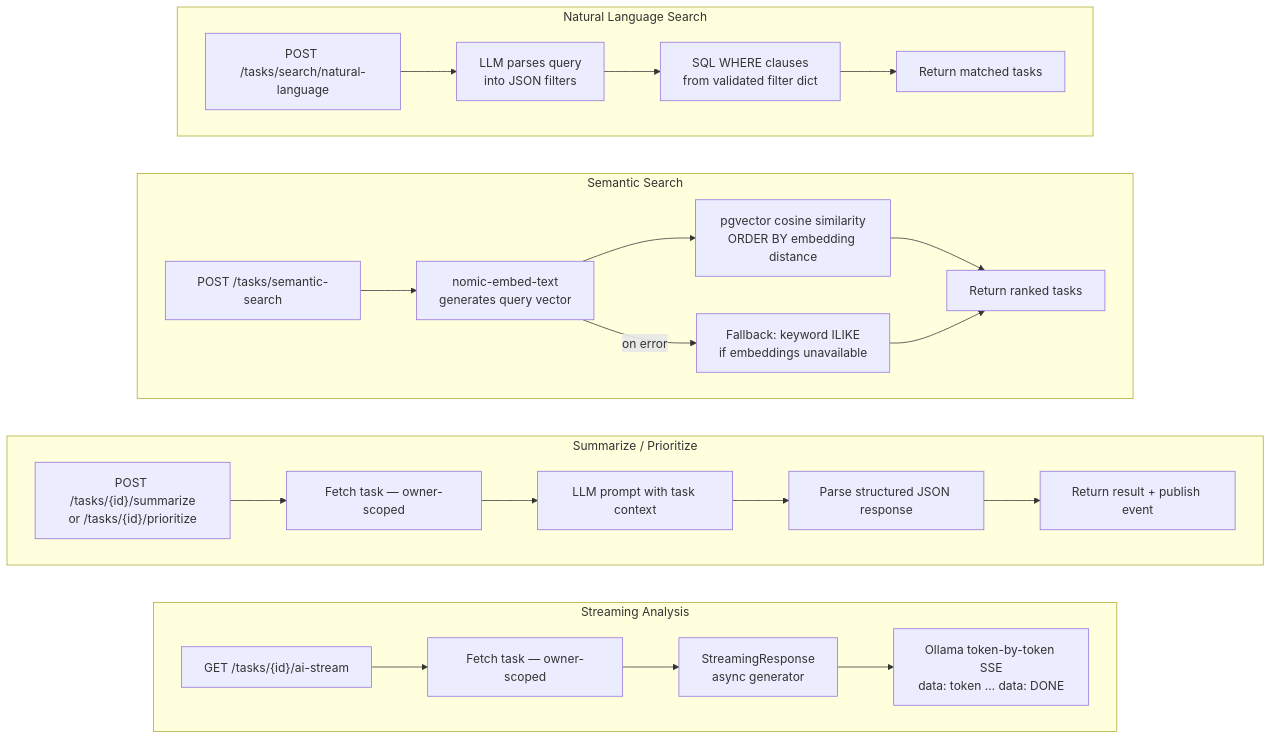
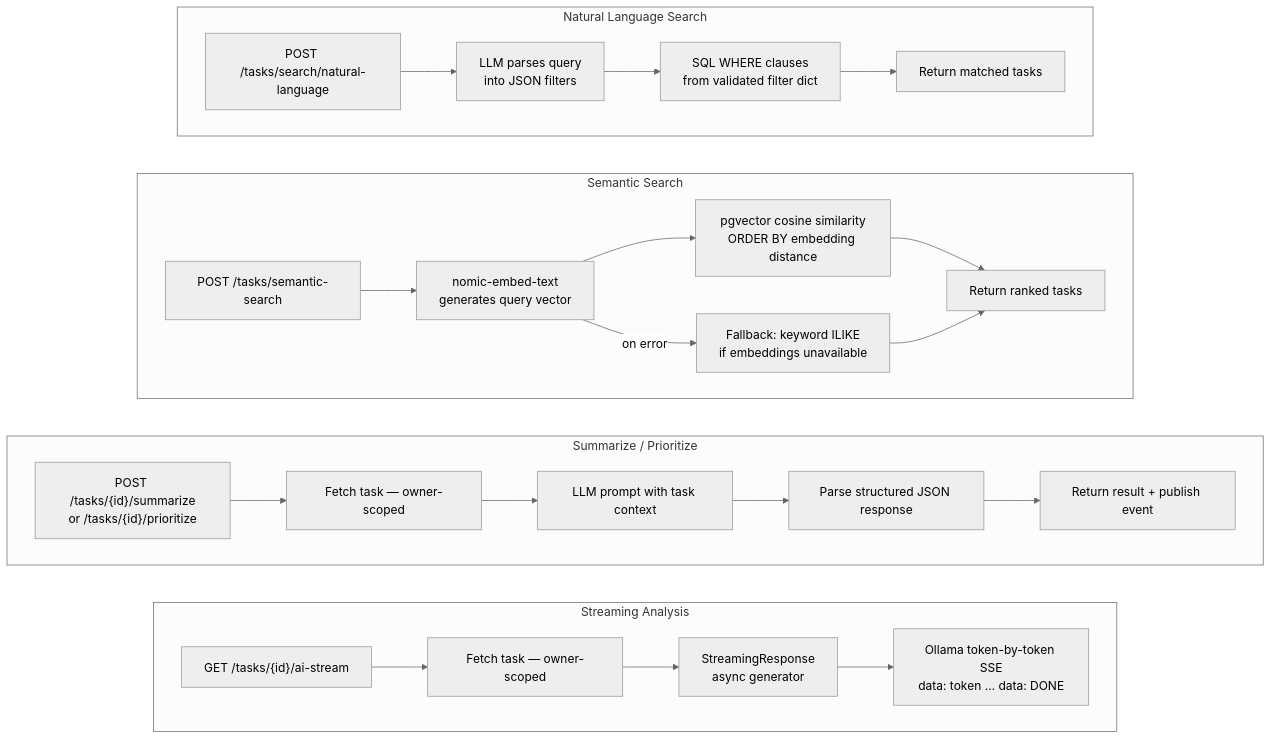
Before and after one commit to adwibha/cortex-api: the fourth of 7 diagrams in README.md, drawn with Mermaid. The commit also changed other lines of this file, not shown here.

First line of the commit message:
fix(docs): correct badge URL username and add neutral theme to all Mermaid diagrams

````diff
--- a/README.md
+++ b/README.md
@@ -250,41 +253,42 @@
 ```mermaid
+%%{init: {'theme': 'neutral'}}%%
 flowchart TD
     subgraph NL["Natural Language Search"]
         NL1["POST /tasks/search/natural-language"]
         NL2["LLM parses query\ninto JSON filters"]
         NL3["SQL WHERE clauses\nfrom validated filter dict"]
         NL4["Return matched tasks"]
         NL1 --> NL2 --> NL3 --> NL4
     end
 
     subgraph SEM["Semantic Search"]
         S1["POST /tasks/semantic-search"]
         S2["nomic-embed-text\ngenerates query vector"]
         S3["pgvector cosine similarity\nORDER BY embedding distance"]
         S4["Return ranked tasks"]
         S5["Fallback: keyword ILIKE\nif embeddings unavailable"]
         S1 --> S2 --> S3 --> S4
         S2 -->|on error| S5 --> S4
     end
 
     subgraph SUM["Summarize / Prioritize"]
         P1["POST /tasks/{id}/summarize\nor /tasks/{id}/prioritize"]
         P2["Fetch task — owner-scoped"]
         P3["LLM prompt with task context"]
         P4["Parse structured JSON response"]
         P5["Return result + publish event"]
         P1 --> P2 --> P3 --> P4 --> P5
     end
 
     subgraph STR["Streaming Analysis"]
         ST1["GET /tasks/{id}/ai-stream"]
         ST2["Fetch task — owner-scoped"]
         ST3["StreamingResponse\nasync generator"]
         ST4["Ollama token-by-token SSE\ndata: token … data: DONE"]
         ST1 --> ST2 --> ST3 --> ST4
     end
 
     NL ~~~ SEM
     SEM ~~~ SUM
     SUM ~~~ STR
 ```
````
